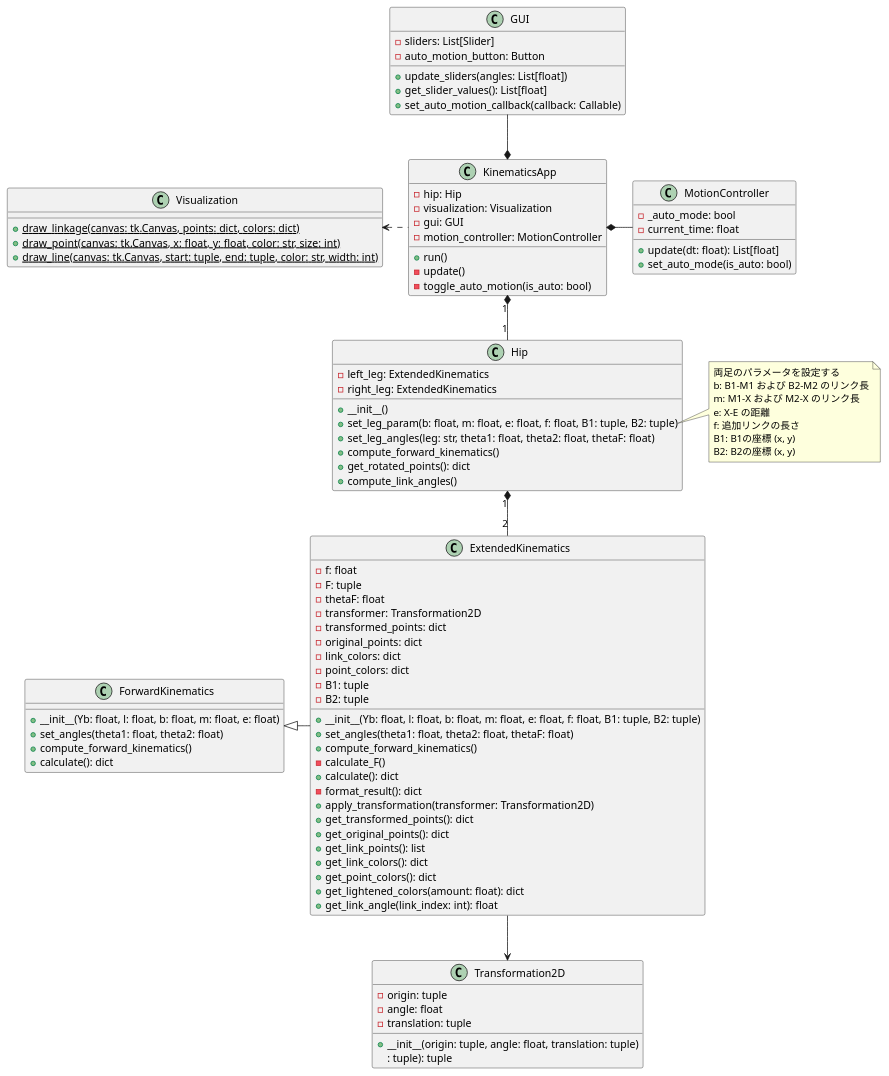
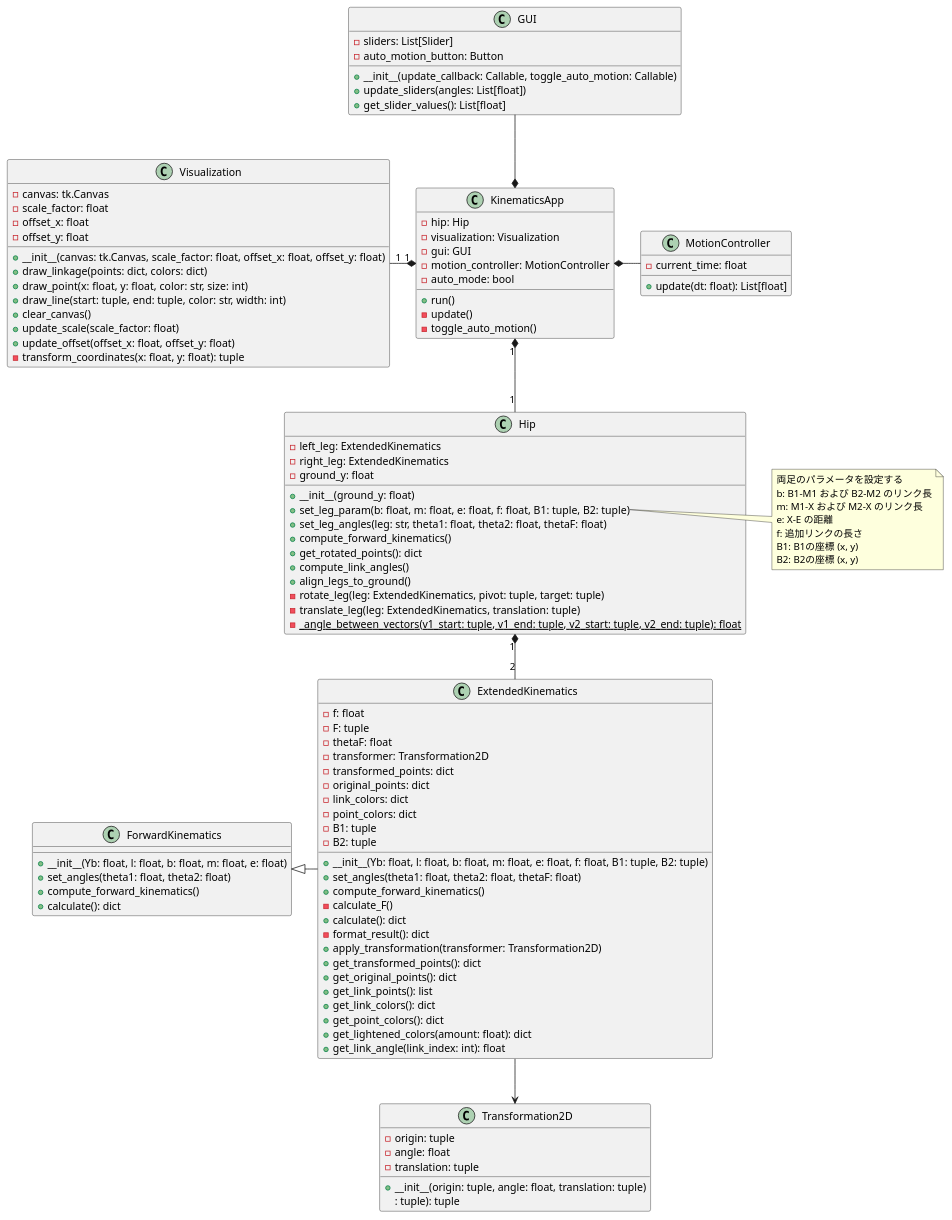
One commit to kumaxxp/symmetrical-five-bar-linkage changed the diagram in docs/making_class.md. Above: the diagram before and after it, drawn with PlantUML.

Commit message:
クラス図を修正

```diff
--- a/docs/making_class.md
+++ b/docs/making_class.md
@@ -47,16 +47,22 @@
 }
 
 class Hip {
-  -left_leg: ExtendedKinematics
-  -right_leg: ExtendedKinematics
+  - left_leg: ExtendedKinematics
+  - right_leg: ExtendedKinematics
+  - ground_y: float
   
-  +__init__()
-  +set_leg_param(b: float, m: float, e: float, f: float, B1: tuple, B2: tuple)
-  +set_leg_angles(leg: str, theta1: float, theta2: float, thetaF: float)
-  +compute_forward_kinematics()
-  +get_rotated_points(): dict
-  +compute_link_angles()
+  + __init__(ground_y: float)
+  + set_leg_param(b: float, m: float, e: float, f: float, B1: tuple, B2: tuple)
+  + set_leg_angles(leg: str, theta1: float, theta2: float, thetaF: float)
+  + compute_forward_kinematics()
+  + get_rotated_points(): dict
+  + compute_link_angles()
+  + align_legs_to_ground()
+  - rotate_leg(leg: ExtendedKinematics, pivot: tuple, target: tuple)
+  - translate_leg(leg: ExtendedKinematics, translation: tuple)
+  - {static} _angle_between_vectors(v1_start: tuple, v1_end: tuple, v2_start: tuple, v2_end: tuple): float
 }
+
 
 note right of Hip::set_leg_param
   両足のパラメータを設定する
@@ -73,38 +79,48 @@
   - visualization: Visualization
   - gui: GUI
   - motion_controller: MotionController
+  - auto_mode: bool
   + run()
   - update()
-  - toggle_auto_motion(is_auto: bool)
+  - toggle_auto_motion()
+}
+
+class Visualization {
+  - canvas: tk.Canvas
+  - scale_factor: float
+  - offset_x: float
+  - offset_y: float
+  
+  + __init__(canvas: tk.Canvas, scale_factor: float, offset_x: float, offset_y: float)
+  + draw_linkage(points: dict, colors: dict)
+  + draw_point(x: float, y: float, color: str, size: int)
+  + draw_line(start: tuple, end: tuple, color: str, width: int)
+  + clear_canvas()
+  + update_scale(scale_factor: float)
+  + update_offset(offset_x: float, offset_y: float)
+  - transform_coordinates(x: float, y: float): tuple
 }
 
 
-class Visualization {
-  +{static} draw_linkage(canvas: tk.Canvas, points: dict, colors: dict)
-  +{static} draw_point(canvas: tk.Canvas, x: float, y: float, color: str, size: int)
-  +{static} draw_line(canvas: tk.Canvas, start: tuple, end: tuple, color: str, width: int)
-}
 
 class GUI {
   - sliders: List[Slider]
   - auto_motion_button: Button
+  + __init__(update_callback: Callable, toggle_auto_motion: Callable)
   + update_sliders(angles: List[float])
   + get_slider_values(): List[float]
-  + set_auto_motion_callback(callback: Callable)
 }
 
 class MotionController {
-  -_auto_mode: bool
   - current_time: float
   + update(dt: float): List[float]
-  + set_auto_mode(is_auto: bool)
 }
 
 ForwardKinematics <|-r- ExtendedKinematics
 ExtendedKinematics --> Transformation2D
 Hip "1" *-d- "2" ExtendedKinematics
 KinematicsApp "1" *-- "1" Hip
-KinematicsApp .l.> Visualization
+KinematicsApp "1" *-l- "1" Visualization
 KinematicsApp *-u- GUI
 KinematicsApp *-r- MotionController
 
```
